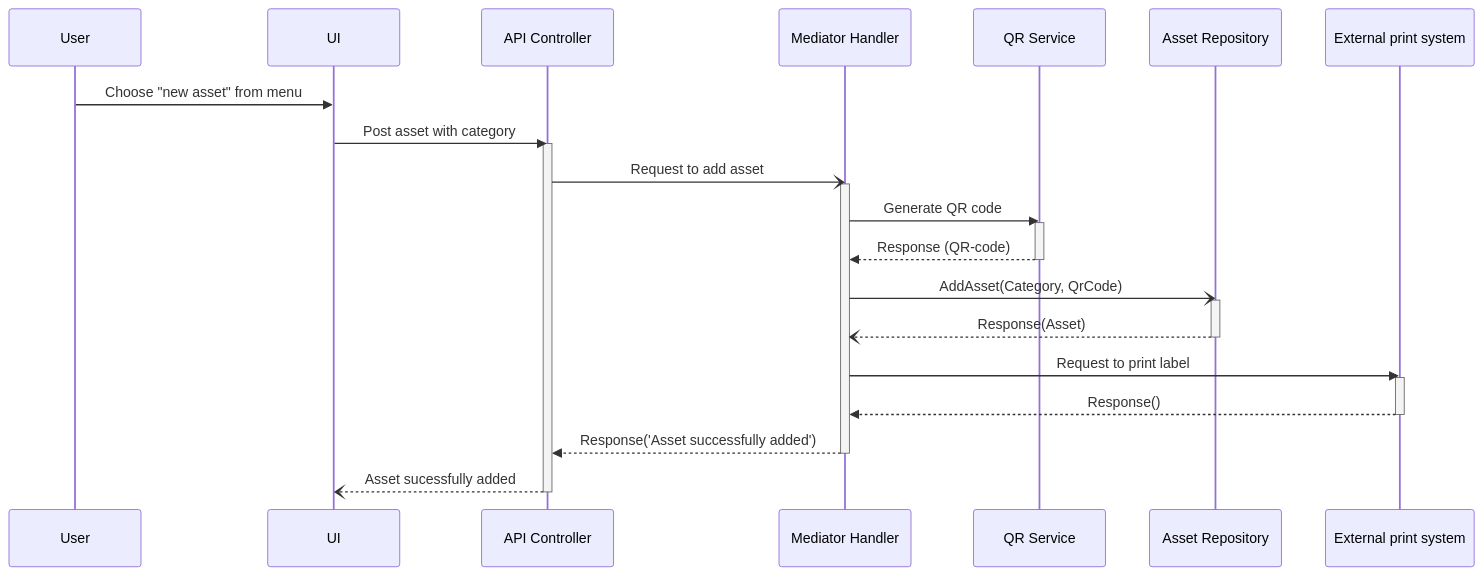
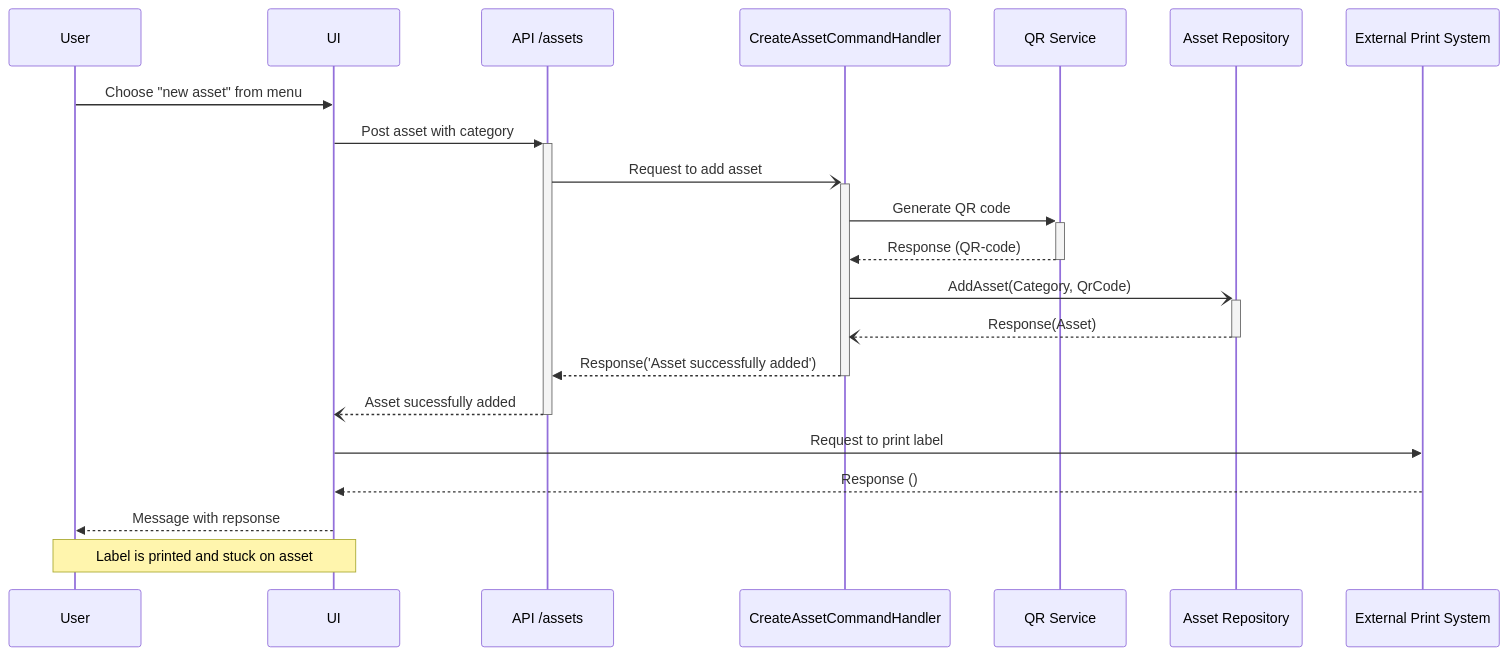
Before and after one commit to livun/bouvet-asset-hub: the second of 2 diagrams in docs/sequence-diagrams/tag-new-asset.md, drawn with Mermaid. The commit also changed other lines of this file and 7 other files, not shown here.

Commit message:
new sequence diagrams

````diff
--- a/docs/sequence-diagrams/tag-new-asset.md
+++ b/docs/sequence-diagrams/tag-new-asset.md
@@ -71,40 +46,20 @@
 ```mermaid
 sequenceDiagram
     User ->> UI : Choose "new asset" from menu
-    
-    UI ->> API Controller: Post asset with category
+        UI ->>+ API /assets: Post asset with category
+            API /assets -)+ CreateAssetCommandHandler : Request to add asset
+                CreateAssetCommandHandler ->>+ QR Service : Generate QR code
+                QR Service -->>- CreateAssetCommandHandler : Response (QR-code)
+                
+                CreateAssetCommandHandler -)+ Asset Repository : AddAsset(Category, QrCode)
+                Asset Repository  --)- CreateAssetCommandHandler : Response(Asset)
+                
+            CreateAssetCommandHandler -->>- API /assets : Response('Asset successfully added')
+        API /assets --)- UI  : Asset sucessfully added
+        UI ->> External Print System : Request to print label
+        External Print System -->> UI : Response ()
+    UI -->> User : Message with repsonse
+    Note over User, UI: Label is printed and stuck on asset
+        
 
-    Activate API Controller
-        
-        API Controller -) Mediator Handler : Request to add asset
-        
-        Activate Mediator Handler
-                          
-                Mediator Handler ->> QR Service : Generate QR code
-                
-                Activate QR Service
-                    QR Service -->> Mediator Handler : Response (QR-code)
-                Deactivate QR Service
-
-                Mediator Handler -) Asset Repository : AddAsset(Category, QrCode)
-                
-                activate Asset Repository
-                    Asset Repository  --) Mediator Handler : Response(Asset)
-                deactivate Asset Repository 
-                
-                Mediator Handler ->> External print system: Request to print label 
-                
-                Activate External print system
-                    External print system -->> Mediator Handler : Response()
-                Deactivate External print system
-
-                Mediator Handler -->> API Controller : Response('Asset successfully added')
-        
-        Deactivate Mediator Handler
-    
-                API Controller --) UI  : Asset sucessfully added
-    
-    Deactivate API Controller
-
-           
 ```
````
